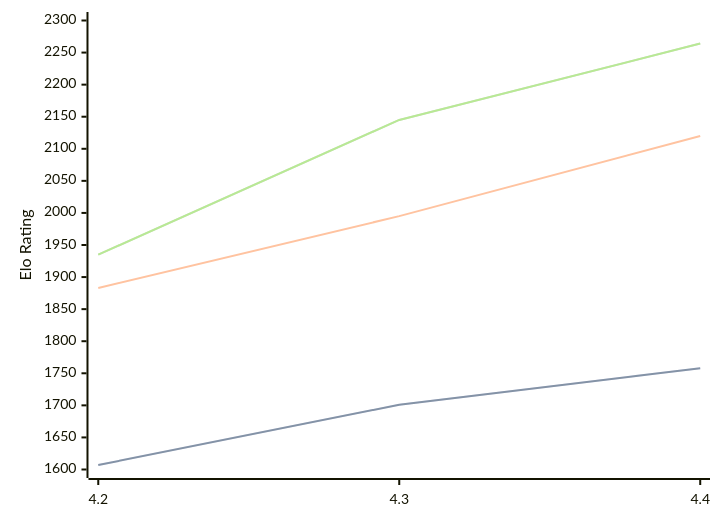
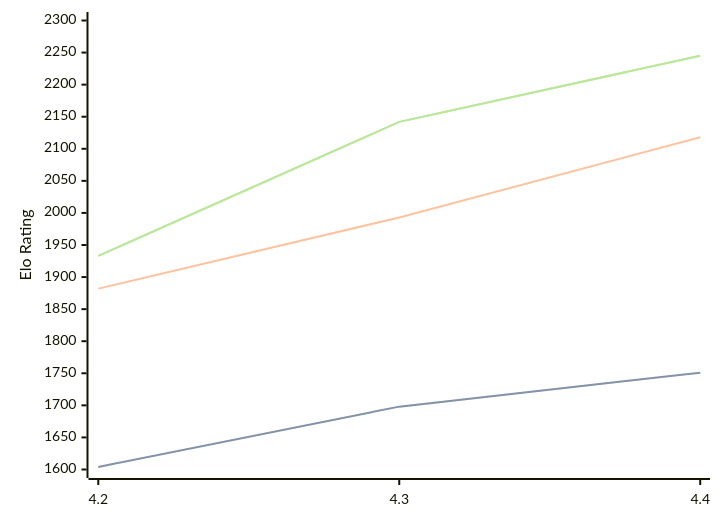
The diagram in engines/Radiance.md (computer-chess-index/cci), drawn with Mermaid before and after one commit. The commit also changed other lines of this file, not shown here.

Commit message:
Update CCI Ratings (ELO VLTC) - 2026-05-18

````diff
--- a/engines/Radiance.md
+++ b/engines/Radiance.md
@@ -36,11 +36,11 @@
 ```mermaid
 %%{init: {"theme":"base","themeVariables":{"seriesColors:['#a3a3a3','#222221','#faa371']}}}%%
 xychart-beta
   x-axis ["4.2", "4.3", "4.4"]
   y-axis "Elo Rating" 1600 --> 2300
-  line "STC (8.0+0.08s)" [1607, 1701, 1758]
-  line "STC (8.0+0.08s)" [1607, 1701, 1758]
-  line "LTC (60.0+0.60s)" [1883, 1995, 2120]
-  line "VLTC (2m24s+1.12s)" [1935, 2145, 2264]
-  line "VLTC (2m24s+1.12s)" [1935, 2145, 2264]
+  line "STC (8.0+0.08s)" [1604, 1698, 1751]
+  line "STC (8.0+0.08s)" [1604, 1698, 1751]
+  line "LTC (60.0+0.60s)" [1882, 1993, 2118]
+  line "VLTC (2m24s+1.12s)" [1933, 2142, 2245]
+  line "VLTC (2m24s+1.12s)" [1933, 2142, 2245]
 ```
````
